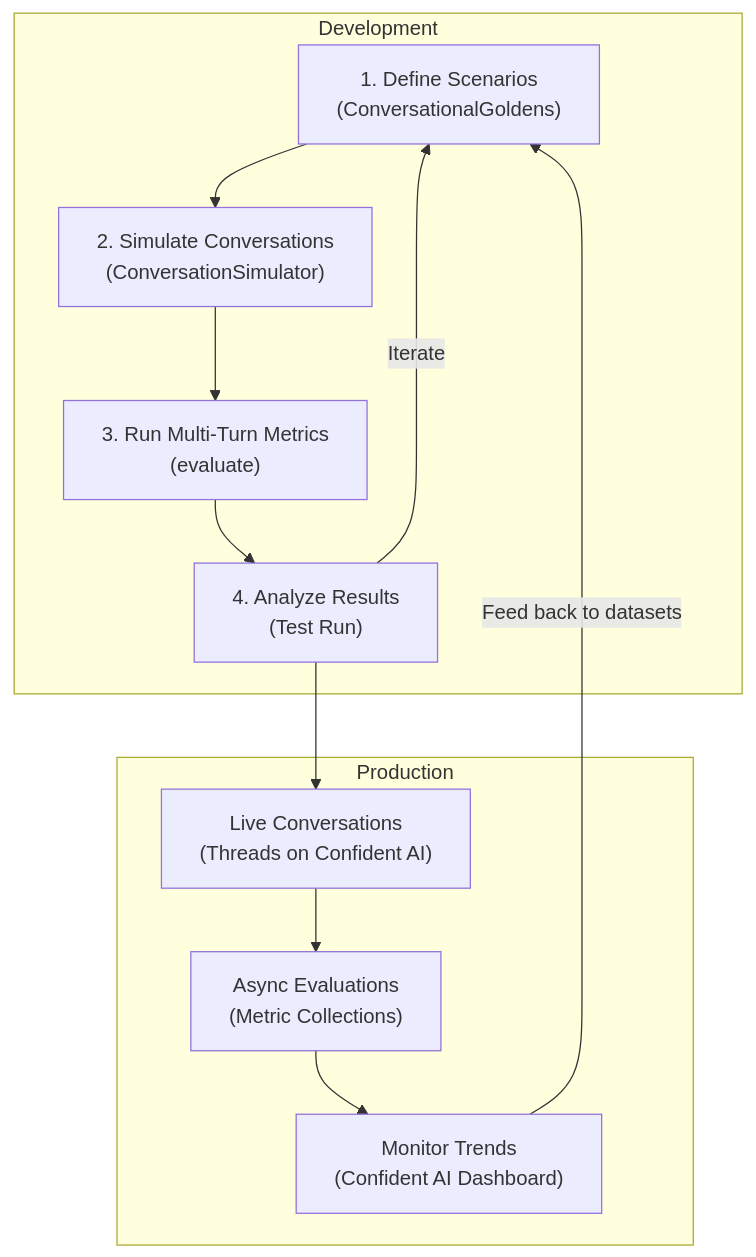
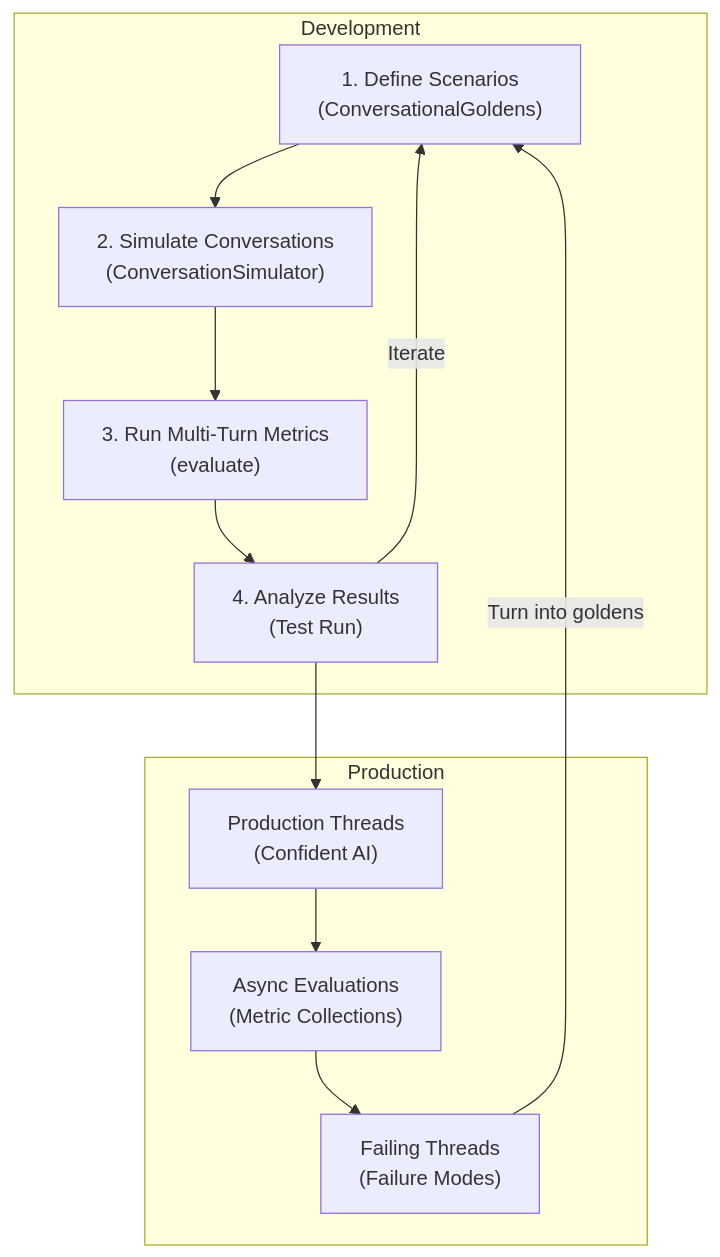
The third of 6 diagrams in docs/content/guides/guides-multi-turn-evaluation.mdx (confident-ai/deepeval), drawn with Mermaid before and after one commit. The commit also changed other lines of this file and 131 other files, not shown here.

````diff
--- a/docs/content/guides/guides-multi-turn-evaluation.mdx
+++ b/docs/content/guides/guides-multi-turn-evaluation.mdx
@@ -97,15 +97,15 @@
 ```mermaid
 flowchart TD
     subgraph Development["Development"]
         A["1. Define Scenarios\n(ConversationalGoldens)"] --> B["2. Simulate Conversations\n(ConversationSimulator)"]
         B --> C["3. Run Multi-Turn Metrics\n(evaluate)"]
         C --> D["4. Analyze Results\n(Test Run)"]
         D -->|Iterate| A
     end
     subgraph Production["Production"]
-        E["Live Conversations\n(Threads on Confident AI)"] --> F["Async Evaluations\n(Metric Collections)"]
-        F --> G["Monitor Trends\n(Confident AI Dashboard)"]
-        G -->|"Feed back to datasets"| A
+        E["Production Threads\n(Confident AI)"] --> F["Async Evaluations\n(Metric Collections)"]
+        F --> G["Failing Threads\n(Failure Modes)"]
+        G -->|"Turn into goldens"| A
     end
     D --> E
 ```
````
